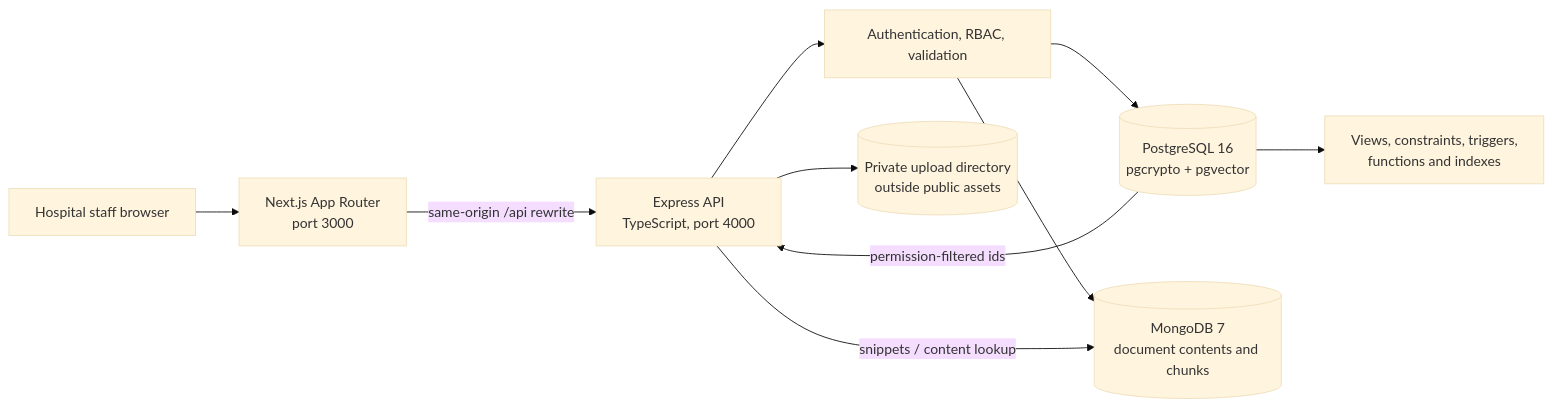
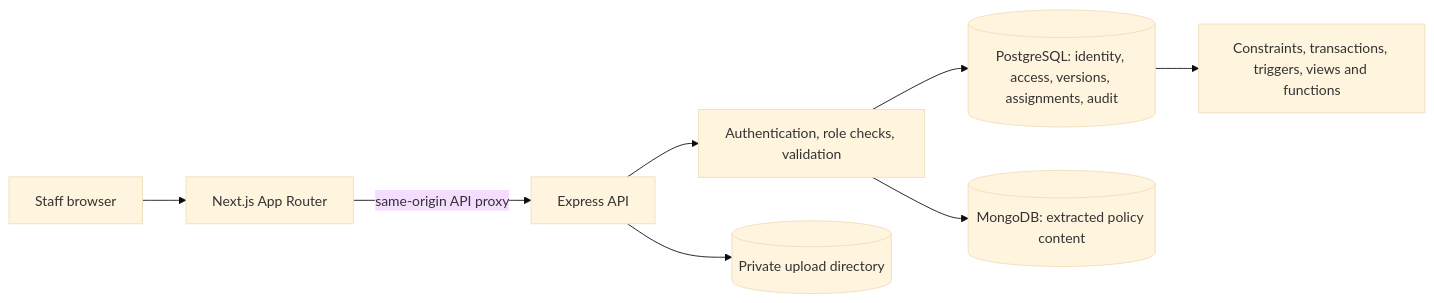
Before and after one commit to Pulla-Jagadeeshwar-Reddy/DockGuardLite: the diagram in docs/ARCHITECTURE.md, drawn with Mermaid (base theme). The commit also changed other lines of this file and 26 other files, not shown here.

Commit message:
docs: define simplified schema and data dictionary

````diff
--- a/docs/ARCHITECTURE.md
+++ b/docs/ARCHITECTURE.md
@@ -7,12 +7,10 @@
 ```mermaid
 flowchart LR
-    H[Hospital staff browser] --> N[Next.js App Router<br/>port 3000]
-    N -->|same-origin /api rewrite| E[Express API<br/>TypeScript, port 4000]
-    E --> A[Authentication, RBAC, validation]
-    A --> P[(PostgreSQL 16<br/>pgcrypto + pgvector)]
-    A --> M[(MongoDB 7<br/>document contents and chunks)]
-    E --> F[(Private upload directory<br/>outside public assets)]
-    P --> V[Views, constraints, triggers,<br/>functions and indexes]
-    P -->|permission-filtered ids| E
-    E -->|snippets / content lookup| M
+    U[Staff browser] --> N[Next.js App Router]
+    N -->|same-origin API proxy| E[Express API]
+    E --> A[Authentication, role checks, validation]
+    A --> P[(PostgreSQL: identity, access, versions, assignments, audit)]
+    A --> M[(MongoDB: extracted policy content)]
+    E --> F[(Private upload directory)]
+    P --> T[Constraints, transactions, triggers, views and functions]
 ```
````
